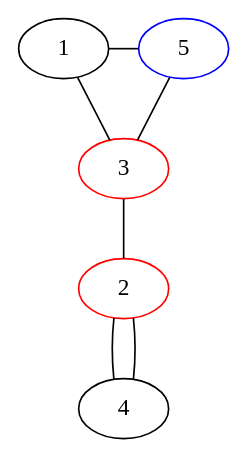
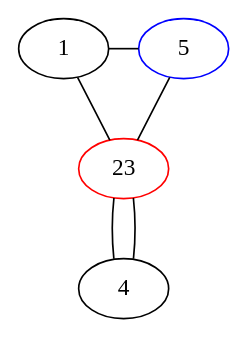
Before and after one commit to bilboquet/gamelib: the diagram in sprouts/start_2_nodes_reduced/1131.dot, drawn with Graphviz. The commit also changed 19 other files, not shown here.

```diff
--- a/sprouts/start_2_nodes_reduced/1131.dot
+++ b/sprouts/start_2_nodes_reduced/1131.dot
@@ -1,19 +1,18 @@
 graph {
   1 -- 5;
-  1 -- 3;
-  3 -- 2;
-  2 -- 4 -- 2;
-  5 -- 3;
+  1 -- 23;
+  23 -- 4 -- 23;
+  5 -- 23;
 
   {
     rank="same";
     5;
     1;
 
   }
 
-  2 [color="red"];
-  3 [color="red"];
+  23 [color="red"];
+  23 [color="red"];
   5 [color="blue"];
 
 }
```
